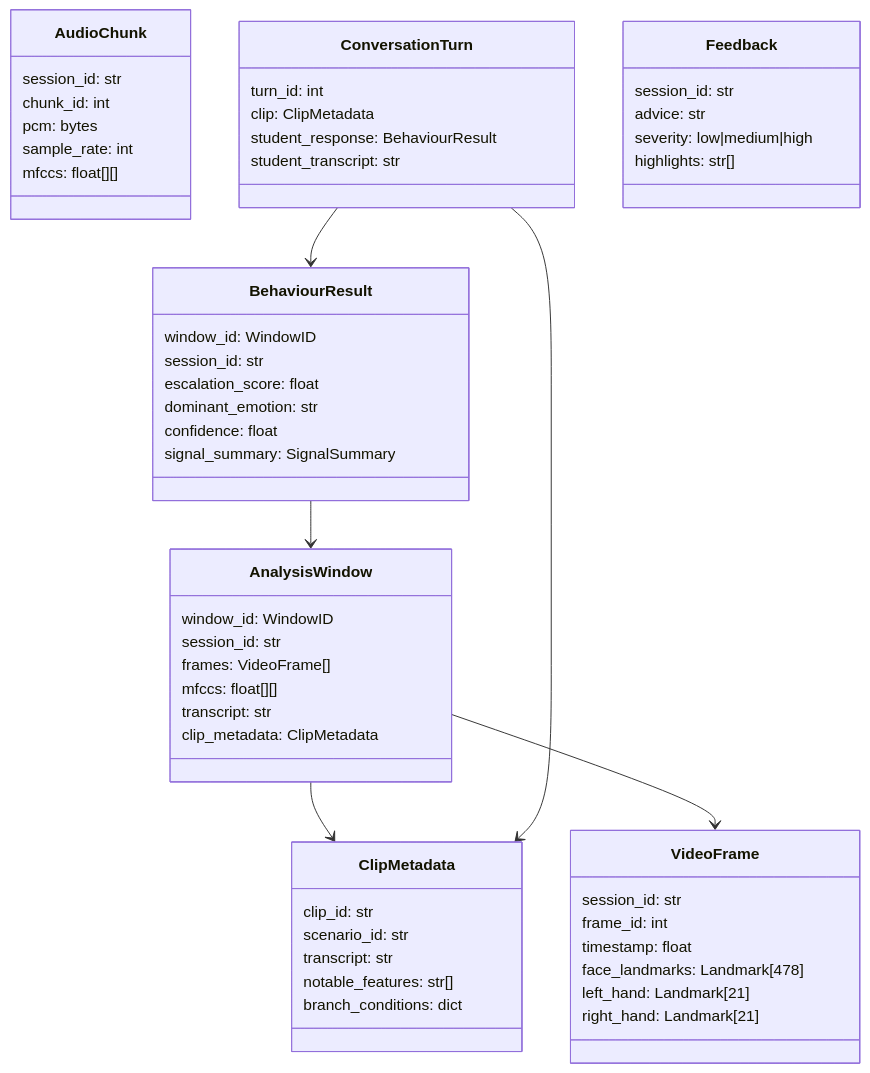
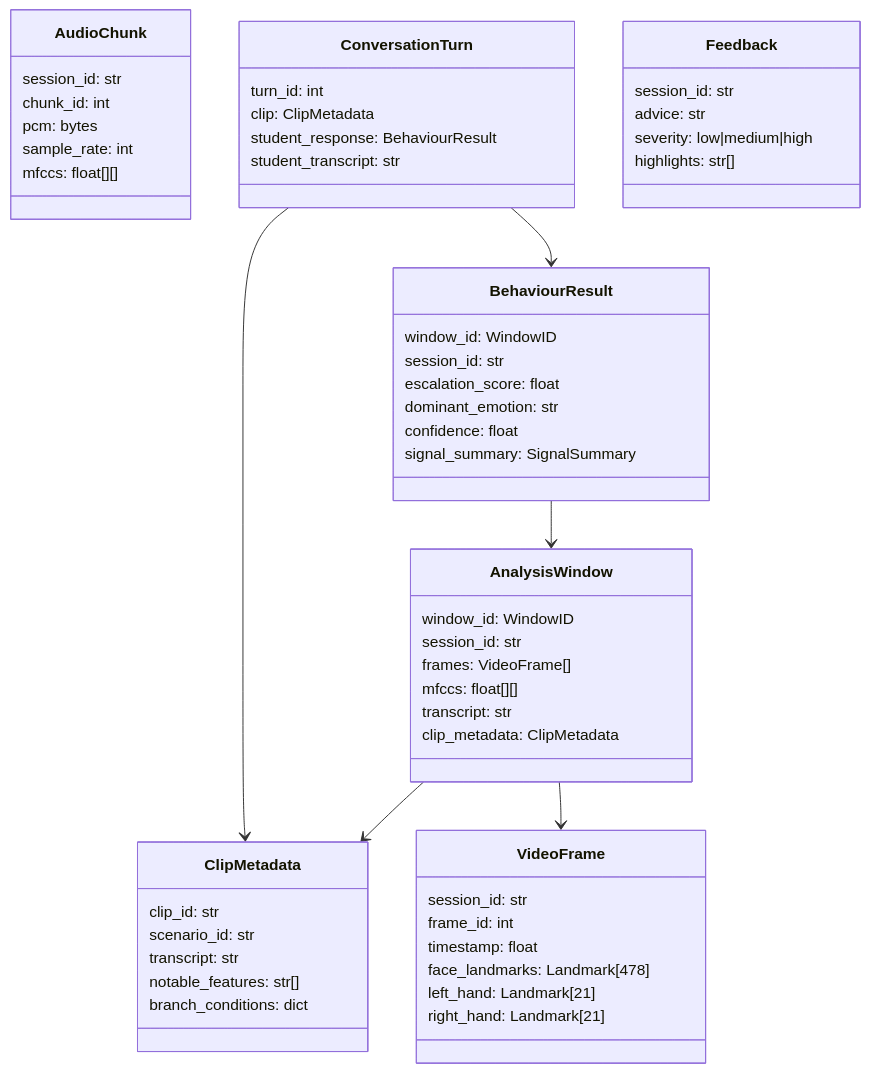
The second of 3 diagrams in docs/architecture.md (Team-Education-Futures-Lab/Agression_Trainer), drawn with Mermaid before and after one commit. The commit also changed other lines of this file and 15 other files, not shown here.

````diff
--- a/docs/architecture.md
+++ b/docs/architecture.md
@@ -69,65 +69,65 @@
 ```mermaid
 classDiagram
     class VideoFrame {
         session_id: str
         frame_id: int
         timestamp: float
         face_landmarks: Landmark[478]
         left_hand: Landmark[21]
         right_hand: Landmark[21]
     }
 
     class AudioChunk {
         session_id: str
         chunk_id: int
         pcm: bytes
         sample_rate: int
         mfccs: float[][]
     }
 
     class AnalysisWindow {
         window_id: WindowID
         session_id: str
         frames: VideoFrame[]
         mfccs: float[][]
         transcript: str
         clip_metadata: ClipMetadata
     }
 
     class BehaviourResult {
         window_id: WindowID
         session_id: str
         escalation_score: float
         dominant_emotion: str
         confidence: float
         signal_summary: SignalSummary
     }
 
     class ConversationTurn {
         turn_id: int
         clip: ClipMetadata
         student_response: BehaviourResult
         student_transcript: str
     }
 
     class ClipMetadata {
         clip_id: str
         scenario_id: str
         transcript: str
         notable_features: str[]
         branch_conditions: dict
     }
 
     class Feedback {
         session_id: str
         advice: str
         severity: low|medium|high
         highlights: str[]
     }
 
+    AnalysisWindow --> ClipMetadata
     AnalysisWindow --> VideoFrame
-    AnalysisWindow --> ClipMetadata
     BehaviourResult --> AnalysisWindow
     ConversationTurn --> ClipMetadata
     ConversationTurn --> BehaviourResult
 ```
````
